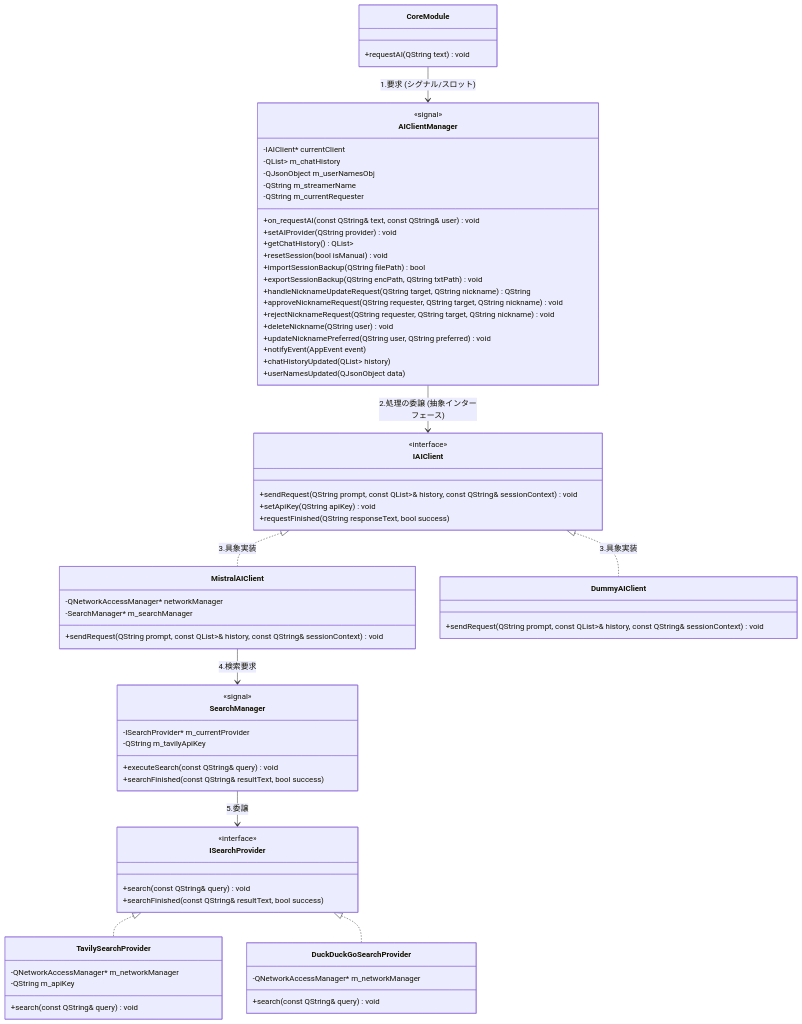
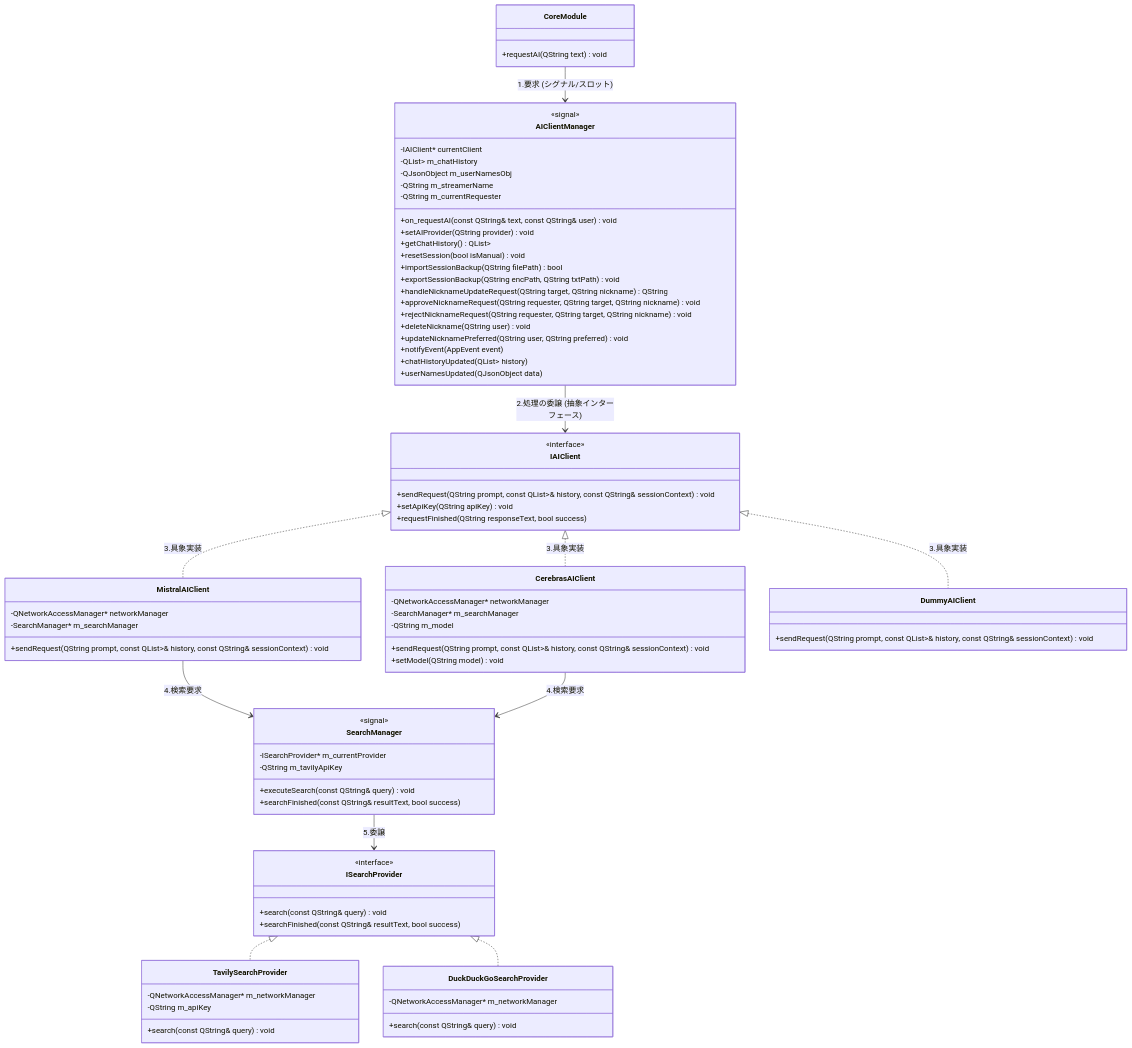
Before and after one commit to BLUE000/AiAssistantAvatar: the third of 19 diagrams in doc/BasicDesign.md, drawn with Mermaid. The commit also changed 11 other files, not shown here.

Commit message:
Separate AI Settings tab, update specs, and integrate Cerebras AI provider with model selection

```diff
--- a/doc/BasicDesign.md
+++ b/doc/BasicDesign.md
@@ -161,6 +161,13 @@
         -SearchManager* m_searchManager
         +sendRequest(QString prompt, const QList<QPair<QString, QString>>& history, const QString& sessionContext) void
     }
+    class CerebrasAIClient {
+        -QNetworkAccessManager* networkManager
+        -SearchManager* m_searchManager
+        -QString m_model
+        +sendRequest(QString prompt, const QList<QPair<QString, QString>>& history, const QString& sessionContext) void
+        +setModel(QString model) void
+    }
     class DummyAIClient {
         +sendRequest(QString prompt, const QList<QPair<QString, QString>>& history, const QString& sessionContext) void
     }
@@ -190,8 +197,10 @@
     CoreModule --> AIClientManager : 1.要求 (シグナル/スロット)
     AIClientManager --> IAIClient : 2.処理の委譲 (抽象インターフェース)
     IAIClient <|.. MistralAIClient : 3.具象実装
+    IAIClient <|.. CerebrasAIClient : 3.具象実装
     IAIClient <|.. DummyAIClient : 3.具象実装
     MistralAIClient --> SearchManager : 4.検索要求
+    CerebrasAIClient --> SearchManager : 4.検索要求
     SearchManager --> ISearchProvider : 5.委譲
     ISearchProvider <|.. TavilySearchProvider
     ISearchProvider <|.. DuckDuckGoSearchProvider
```
